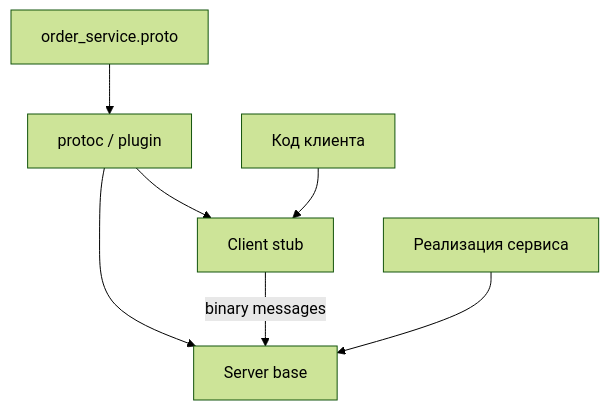
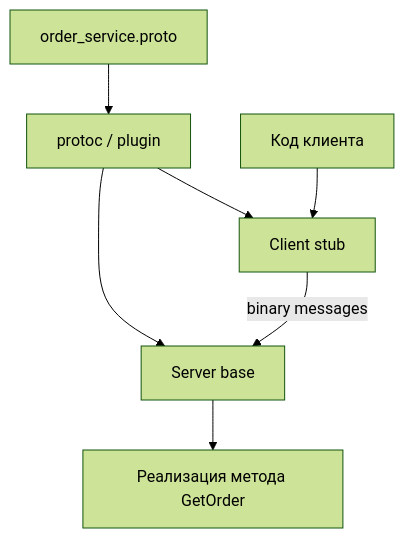
The tenth of 10 diagrams in content/lectures/Lec10/vitepress.md (Kert0n/KPO), drawn with Mermaid (forest theme) before and after one commit. The commit also changed other lines of this file, not shown here.

````diff
--- a/content/lectures/Lec10/vitepress.md
+++ b/content/lectures/Lec10/vitepress.md
@@ -1174,9 +909,9 @@
 ```mermaid
 flowchart TD
     Proto["order_service.proto"] --> Generator["protoc / plugin"]
     Generator --> ClientStub["Client stub"]
     Generator --> ServerBase["Server base"]
     ClientCode["Код клиента"] --> ClientStub
     ClientStub -->|"binary messages"| ServerBase
-    ServerImpl["Реализация сервиса"] --> ServerBase
+    ServerBase --> ServerImpl["Реализация метода GetOrder"]
 ```
````
